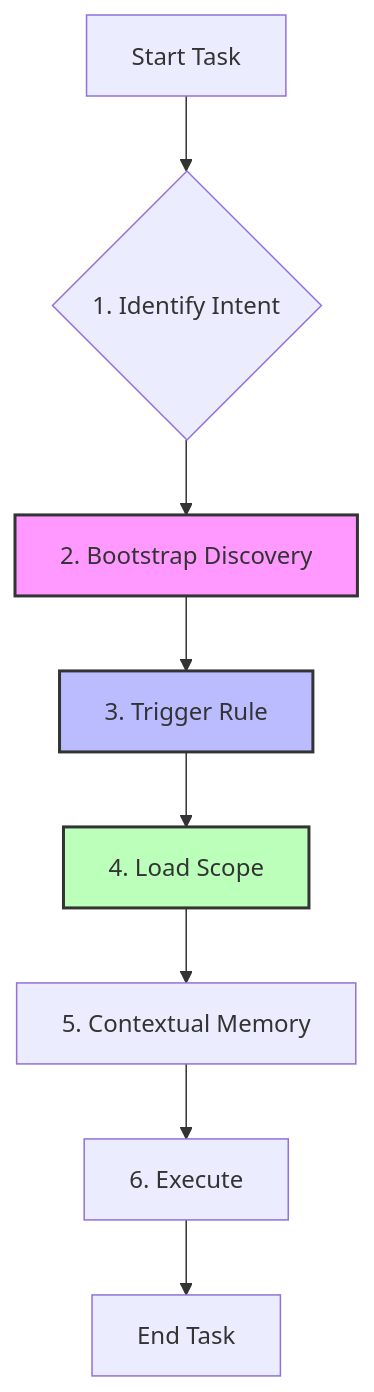
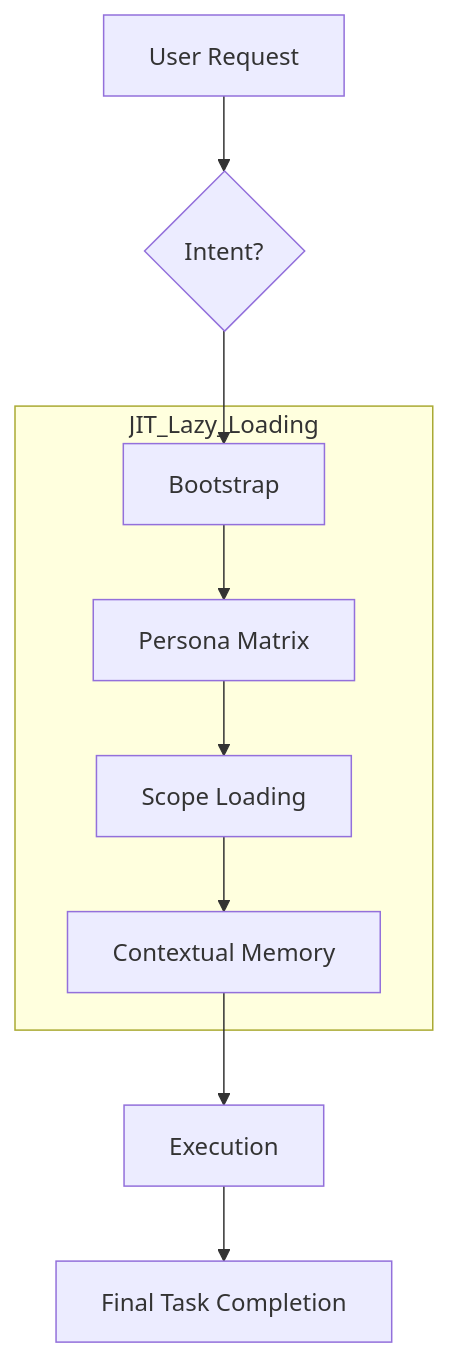
The diagram in docs/00.agent-governance/agent-instructions.md (buenhyden/hy-home.k8s), drawn with Mermaid before and after one commit. The commit also changed other lines of this file and 28 other files, not shown here.

````diff
--- a/docs/00.agent-governance/agent-instructions.md
+++ b/docs/00.agent-governance/agent-instructions.md
@@ -18,14 +18,17 @@
 ```mermaid
 graph TD
-    A[Start Task] --> B{1. Identify Intent}
-    B --> C[2. Bootstrap Discovery]
-    C --> D[3. Trigger Rule]
-    D --> E[4. Load Scope]
-    E --> F[5. Contextual Memory]
-    F --> G[6. Execute]
-    G --> H[End Task]
+    A[User Request] --> B{Intent?}
+    B --> C[Bootstrap]
+    C --> D[Persona Matrix]
+    D --> E[Scope Loading]
+    E --> F[Contextual Memory]
+    F --> G[Execution]
+    G --> H[Final Task Completion]
     
-    style C fill:#f9f,stroke:#333,stroke-width:2px
-    style D fill:#bbf,stroke:#333,stroke-width:2px
-    style E fill:#bfb,stroke:#333,stroke-width:2px
+    subgraph JIT_Lazy_Loading
+        C
+        D
+        E
+        F
+    end
 ```
````
